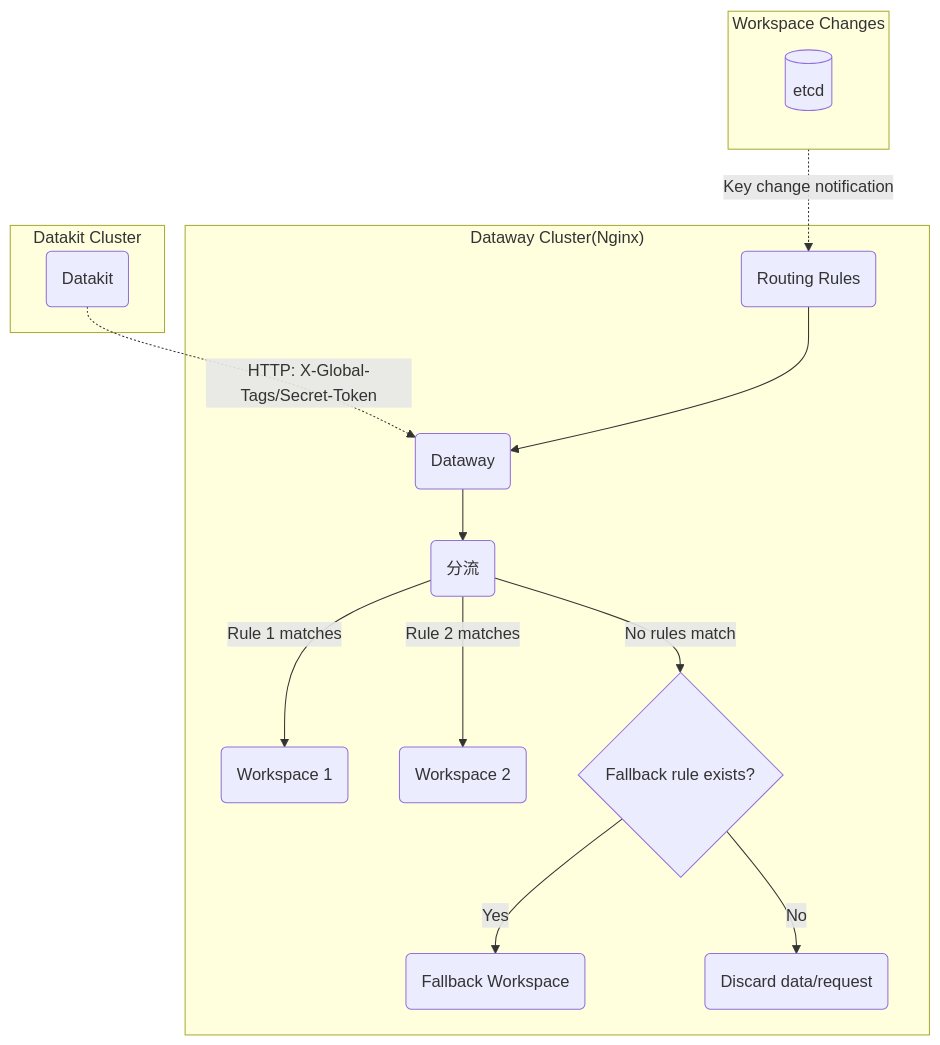
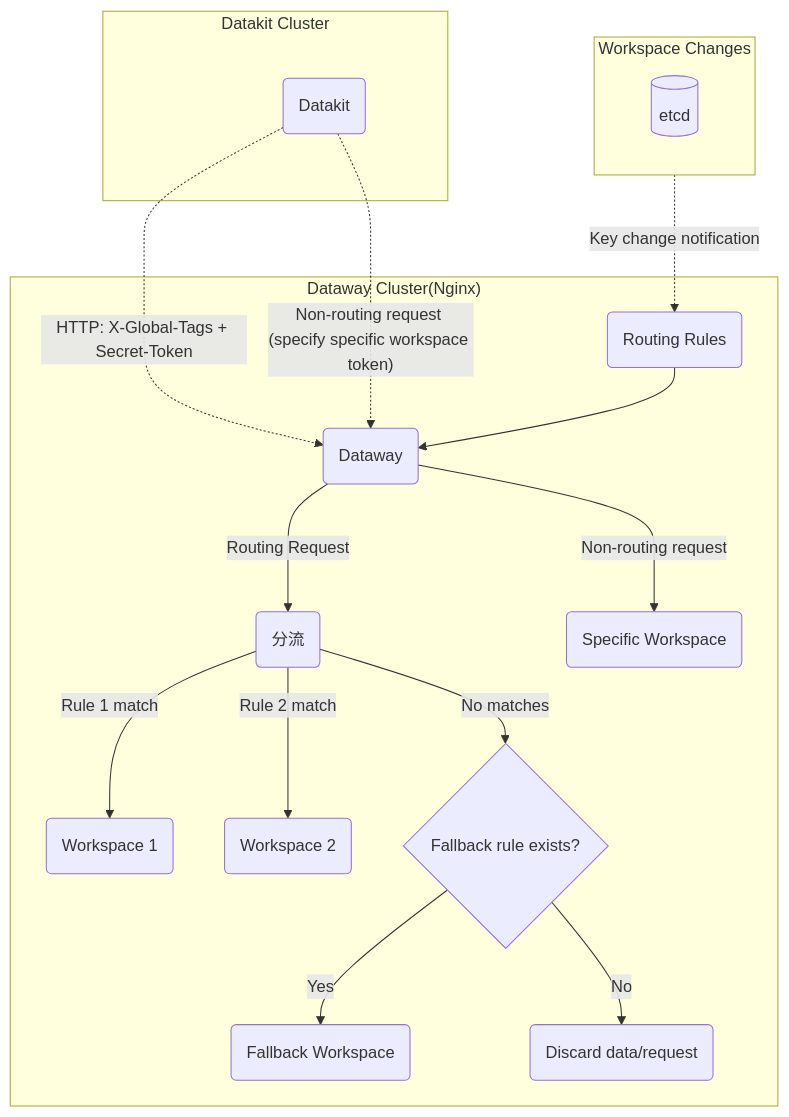
Before and after one commit to GuanceCloud/guance-docs: the first of 2 diagrams in docs/en-ai/deployment/dataway-sink.md, drawn with Mermaid. The commit also changed other lines of this file and 1830 other files, not shown here.

````diff
--- a/docs/en-ai/deployment/dataway-sink.md
+++ b/docs/en-ai/deployment/dataway-sink.md
@@ -14,34 +14,38 @@
 ```mermaid
 flowchart TD
 dw(Dataway);
 dk(Datakit);
 etcd[(etcd)];
 sinker(分流);
 wksp1(Workspace 1);
 wksp2(Workspace 2);
+wksp3(Specific Workspace);
 wkspx(Fallback Workspace);
 rules(Routing Rules);
 as_default{Fallback rule exists?};
 drop(Discard data/request);
 
 subgraph "Datakit Cluster"
 dk
 end
 
-dk -.-> |HTTP: X-Global-Tags/Secret-Token|dw
+dk -.-> |"HTTP: X-Global-Tags + Secret-Token"|dw
+dk -..-> |"Non-routing request (specify specific workspace token)"|dw
 
 subgraph "Dataway Cluster(Nginx)"
 %%direction LR
-rules -->  dw --> sinker
+rules -->  dw ---> |Routing Request|sinker
 
-sinker --> |Rule 1 matches|wksp1;
-sinker --> |Rule 2 matches|wksp2;
-sinker --> |No rules match|as_default -->|No|drop;
+dw ---> |Non-routing request|wksp3
+
+sinker --> |Rule 1 match|wksp1;
+sinker --> |Rule 2 match|wksp2;
+sinker --> |No matches|as_default -->|No|drop;
 as_default -->|Yes|wkspx;
 end
 
 subgraph "Workspace Changes"
 direction BT
 etcd -.-> |Key change notification|rules
 end
 ```
````
